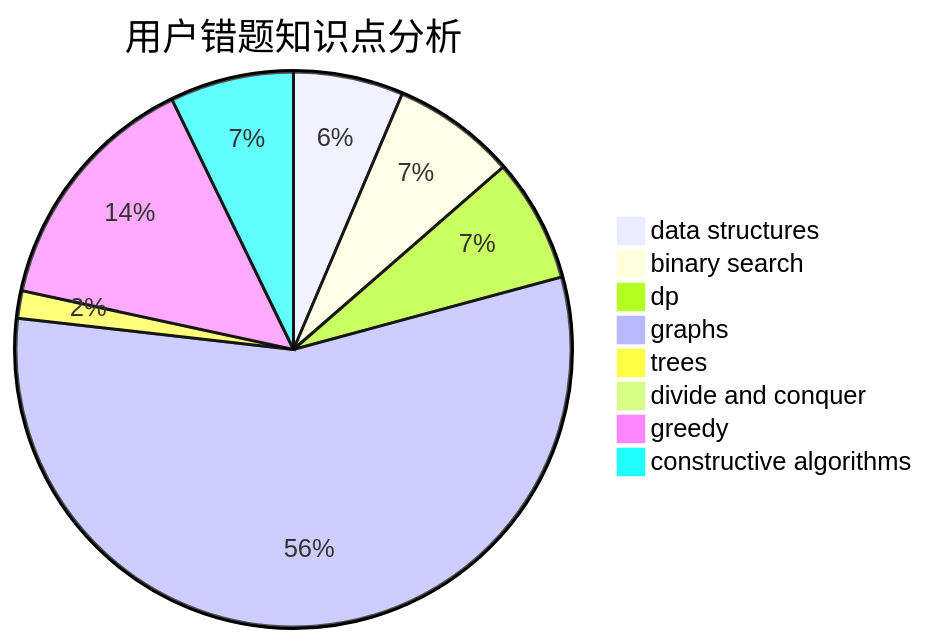
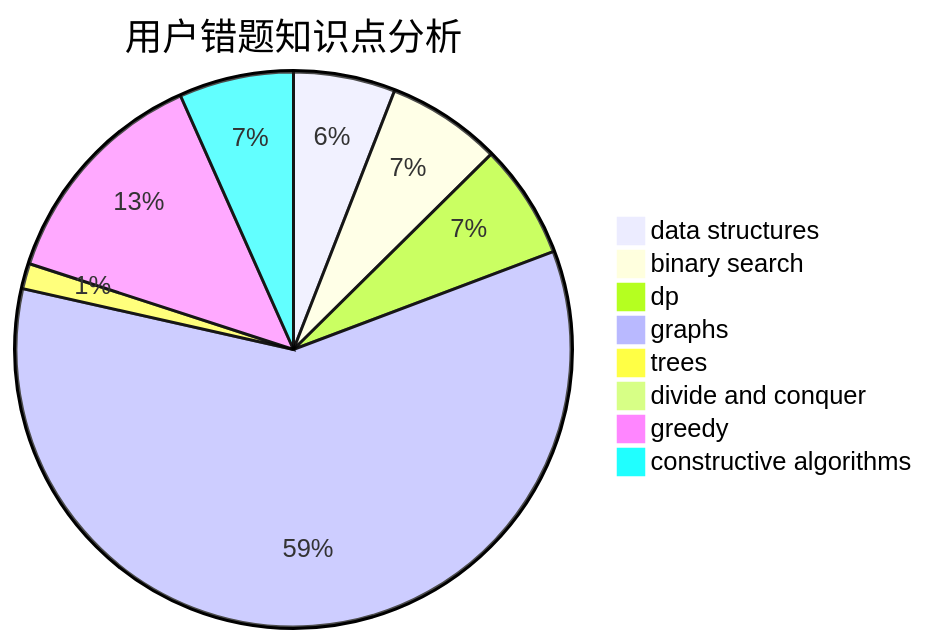
Before and after one commit to sherpahu/cfrs.github.io: the third of 3 diagrams in docs/user/u248.md, drawn with Mermaid. The commit also changed other lines of this file and 2770 other files, not shown here.

````diff
--- a/docs/user/u248.md
+++ b/docs/user/u248.md
@@ -36,11 +36,11 @@
 ```mermaid
 pie title 用户错题知识点分析
     "data structures" :  8
     "binary search" :  9
     "dp" :  9
-    "graphs" :  70
+    "graphs" :  80
     "trees" :  2
     "divide and conquer" :  0
     "greedy" :  18
     "constructive algorithms" :  9
 ```
````
